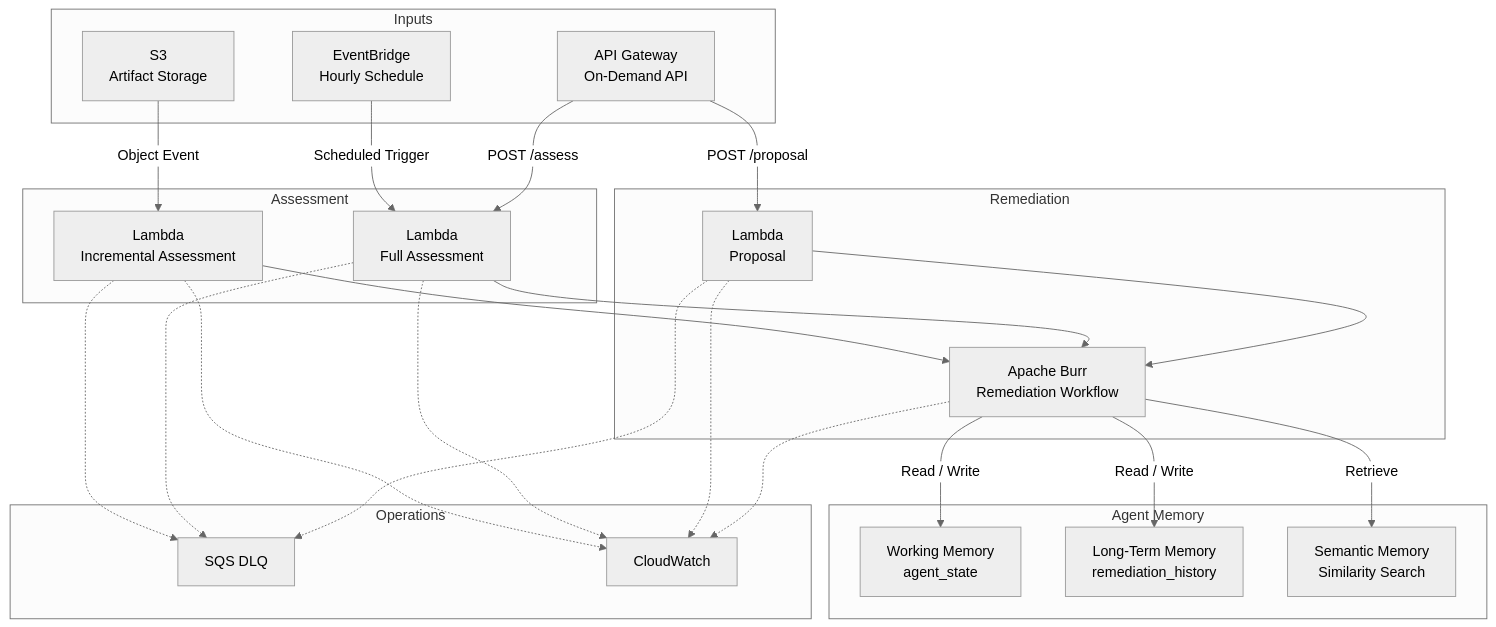
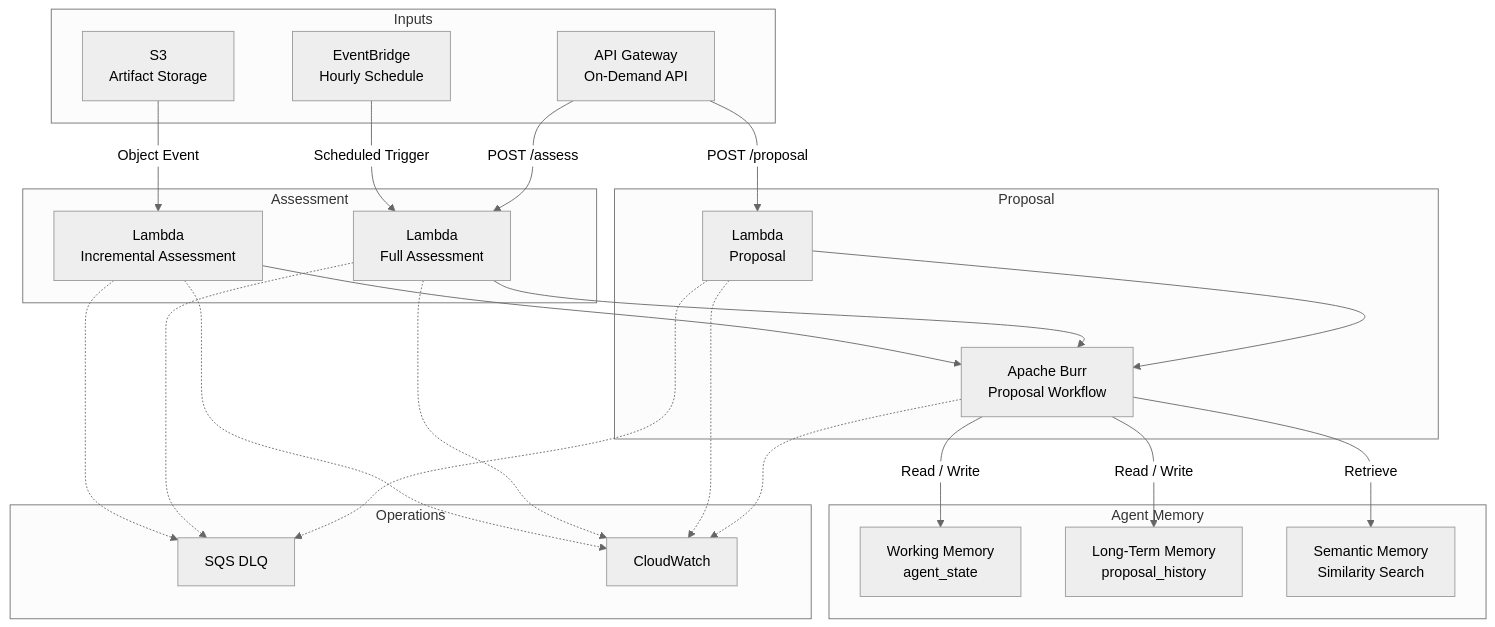
Before and after one commit to TriNguyen52/AI_Knowledge_Maintenance: the diagram in README.md, drawn with Mermaid (neutral theme).

Commit message:
Update README to reflect proposal terminology

````diff
--- a/README.md
+++ b/README.md
@@ -103,52 +103,52 @@
 ```mermaid
 flowchart TB
 
     subgraph INPUT["Inputs"]
         S3["S3<br/>Artifact Storage"]
         API["API Gateway<br/>On-Demand API"]
         EB["EventBridge<br/>Hourly Schedule"]
     end
 
     subgraph ASSESS["Assessment"]
         INC["Lambda<br/>Incremental Assessment"]
         FULL["Lambda<br/>Full Assessment"]
     end
 
-    subgraph REMEDIATE["Remediation"]
+    subgraph REMEDIATE["Proposal"]
         PROP["Lambda<br/>Proposal"]
-        BURR["Apache Burr<br/>Remediation Workflow"]
+        BURR["Apache Burr<br/>Proposal Workflow"]
     end
 
     subgraph MEMORY["Agent Memory"]
         STATE["Working Memory<br/>agent_state"]
-        HISTORY["Long-Term Memory<br/>remediation_history"]
+        HISTORY["Long-Term Memory<br/>proposal_history"]
         SEMANTIC["Semantic Memory<br/>Similarity Search"]
     end
 
     subgraph OPERATIONS["Operations"]
         DLQ["SQS DLQ"]
         CW["CloudWatch"]
     end
 
     S3 -->|"Object Event"| INC
     EB -->|"Scheduled Trigger"| FULL
     API -->|"POST /assess"| FULL
     API -->|"POST /proposal"| PROP
 
     INC --> BURR
     FULL --> BURR
     PROP --> BURR
 
     BURR -->|"Read / Write"| STATE
     BURR -->|"Read / Write"| HISTORY
     BURR -->|"Retrieve"| SEMANTIC
 
     INC -.-> DLQ
     FULL -.-> DLQ
     PROP -.-> DLQ
 
     INC -.-> CW
     FULL -.-> CW
     PROP -.-> CW
     BURR -.-> CW
 ```
````
